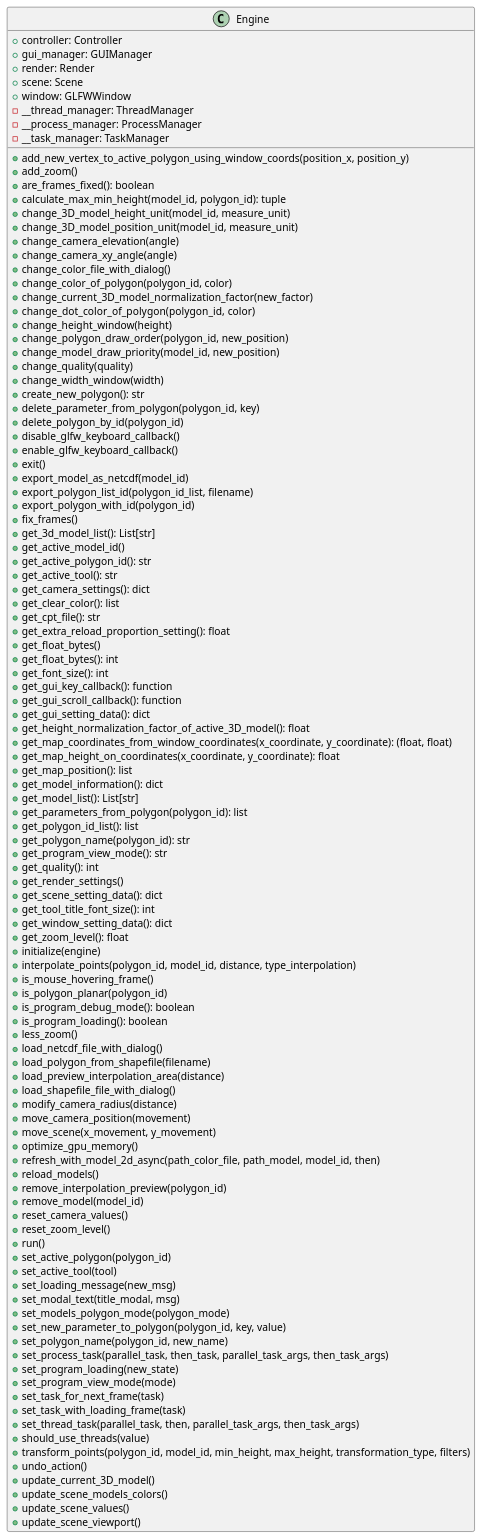
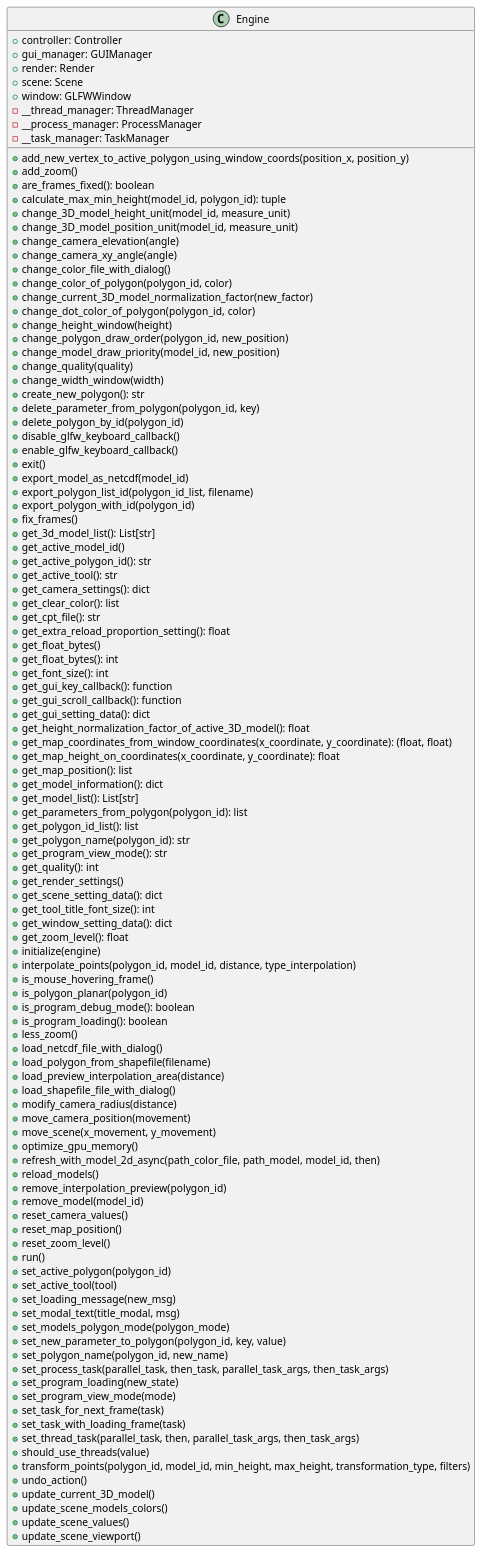
One commit to ferpoble2/Relief_Creator changed the diagram in docs/classes/Engine.puml. Above: the diagram before and after it, drawn with PlantUML. The commit also changed 2 other files, not shown here.

```diff
--- a/docs/classes/Engine.puml
+++ b/docs/classes/Engine.puml
@@ -1,113 +1,114 @@
 @startuml
 class Engine {
     + controller: Controller
     + gui_manager: GUIManager
     + render: Render
     + scene: Scene
     + window: GLFWWindow
     - __thread_manager: ThreadManager
     - __process_manager: ProcessManager
     - __task_manager: TaskManager
 
     + add_new_vertex_to_active_polygon_using_window_coords(position_x, position_y)
     + add_zoom()
     + are_frames_fixed(): boolean
     + calculate_max_min_height(model_id, polygon_id): tuple
     + change_3D_model_height_unit(model_id, measure_unit)
     + change_3D_model_position_unit(model_id, measure_unit)
     + change_camera_elevation(angle)
     + change_camera_xy_angle(angle)
     + change_color_file_with_dialog()
     + change_color_of_polygon(polygon_id, color)
     + change_current_3D_model_normalization_factor(new_factor)
     + change_dot_color_of_polygon(polygon_id,  color)
     + change_height_window(height)
     + change_polygon_draw_order(polygon_id, new_position)
     + change_model_draw_priority(model_id, new_position)
     + change_quality(quality)
     + change_width_window(width)
     + create_new_polygon(): str
     + delete_parameter_from_polygon(polygon_id, key)
     + delete_polygon_by_id(polygon_id)
     + disable_glfw_keyboard_callback()
     + enable_glfw_keyboard_callback()
     + exit()
     + export_model_as_netcdf(model_id)
     + export_polygon_list_id(polygon_id_list, filename)
     + export_polygon_with_id(polygon_id)
     + fix_frames()
     + get_3d_model_list(): List[str]
     + get_active_model_id()
     + get_active_polygon_id(): str
     + get_active_tool(): str
     + get_camera_settings(): dict
     + get_clear_color(): list
     + get_cpt_file(): str
     + get_extra_reload_proportion_setting(): float
     + get_float_bytes()
     + get_float_bytes(): int
     + get_font_size(): int
     + get_gui_key_callback(): function
     + get_gui_scroll_callback(): function
     + get_gui_setting_data(): dict
     + get_height_normalization_factor_of_active_3D_model(): float
     + get_map_coordinates_from_window_coordinates(x_coordinate, y_coordinate): (float, float)
     + get_map_height_on_coordinates(x_coordinate, y_coordinate): float
     + get_map_position(): list
     + get_model_information(): dict
     + get_model_list(): List[str]
     + get_parameters_from_polygon(polygon_id): list
     + get_polygon_id_list(): list
     + get_polygon_name(polygon_id): str
     + get_program_view_mode(): str
     + get_quality(): int
     + get_render_settings()
     + get_scene_setting_data(): dict
     + get_tool_title_font_size(): int
     + get_window_setting_data(): dict
     + get_zoom_level(): float
     + initialize(engine)
     + interpolate_points(polygon_id, model_id, distance, type_interpolation)
     + is_mouse_hovering_frame()
     + is_polygon_planar(polygon_id)
     + is_program_debug_mode(): boolean
     + is_program_loading(): boolean
     + less_zoom()
     + load_netcdf_file_with_dialog()
     + load_polygon_from_shapefile(filename)
     + load_preview_interpolation_area(distance)
     + load_shapefile_file_with_dialog()
     + modify_camera_radius(distance)
     + move_camera_position(movement)
     + move_scene(x_movement, y_movement)
     + optimize_gpu_memory()
     + refresh_with_model_2d_async(path_color_file, path_model, model_id, then)
     + reload_models()
     + remove_interpolation_preview(polygon_id)
     + remove_model(model_id)
     + reset_camera_values()
+    + reset_map_position()
     + reset_zoom_level()
     + run()
     + set_active_polygon(polygon_id)
     + set_active_tool(tool)
     + set_loading_message(new_msg)
     + set_modal_text(title_modal, msg)
     + set_models_polygon_mode(polygon_mode)
     + set_new_parameter_to_polygon(polygon_id, key, value)
     + set_polygon_name(polygon_id, new_name)
     + set_process_task(parallel_task, then_task, parallel_task_args, then_task_args)
     + set_program_loading(new_state)
     + set_program_view_mode(mode)
     + set_task_for_next_frame(task)
     + set_task_with_loading_frame(task)
     + set_thread_task(parallel_task, then, parallel_task_args, then_task_args)
     + should_use_threads(value)
     + transform_points(polygon_id, model_id, min_height, max_height, transformation_type, filters)
     + undo_action()
     + update_current_3D_model()
     + update_scene_models_colors()
     + update_scene_values()
     + update_scene_viewport()
 }
 
 @enduml
```
